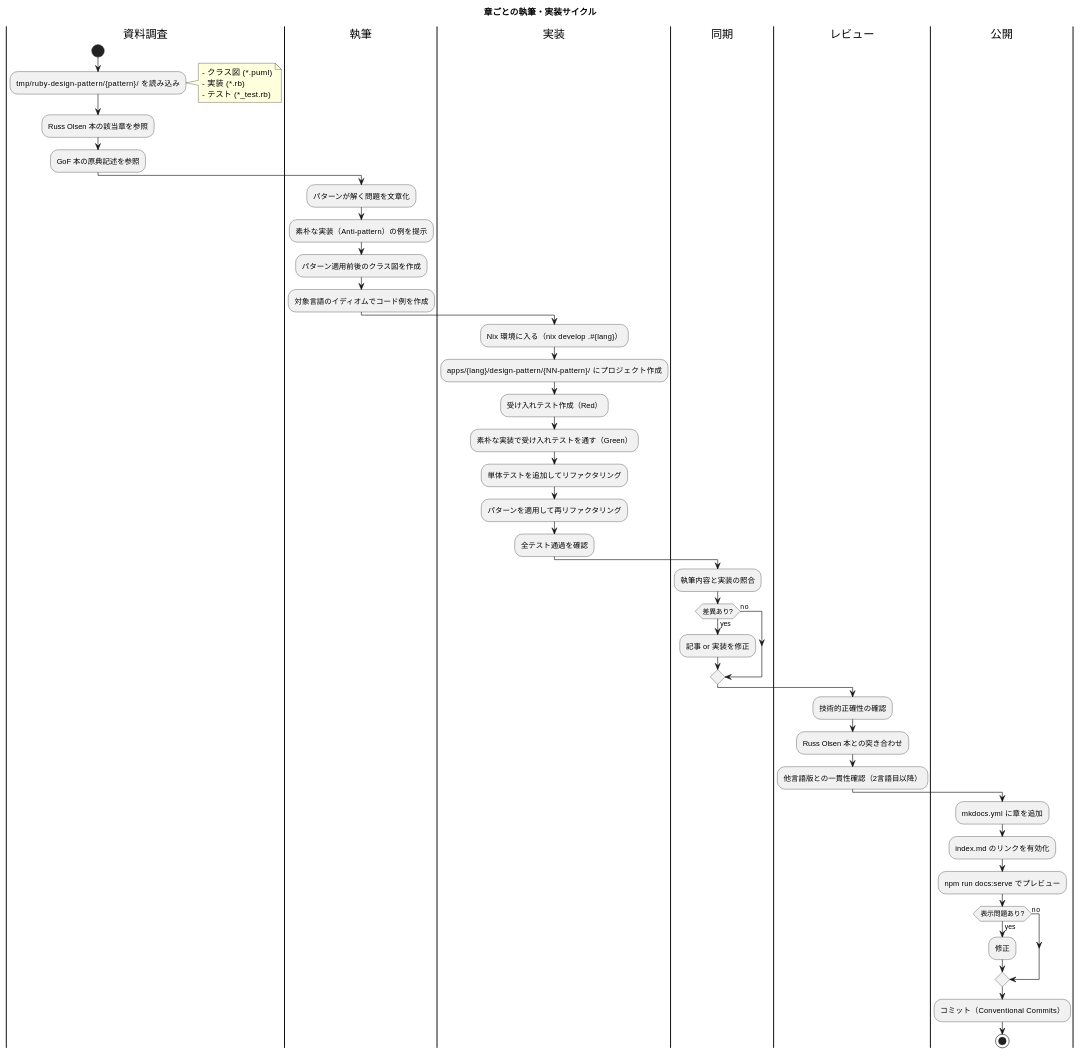
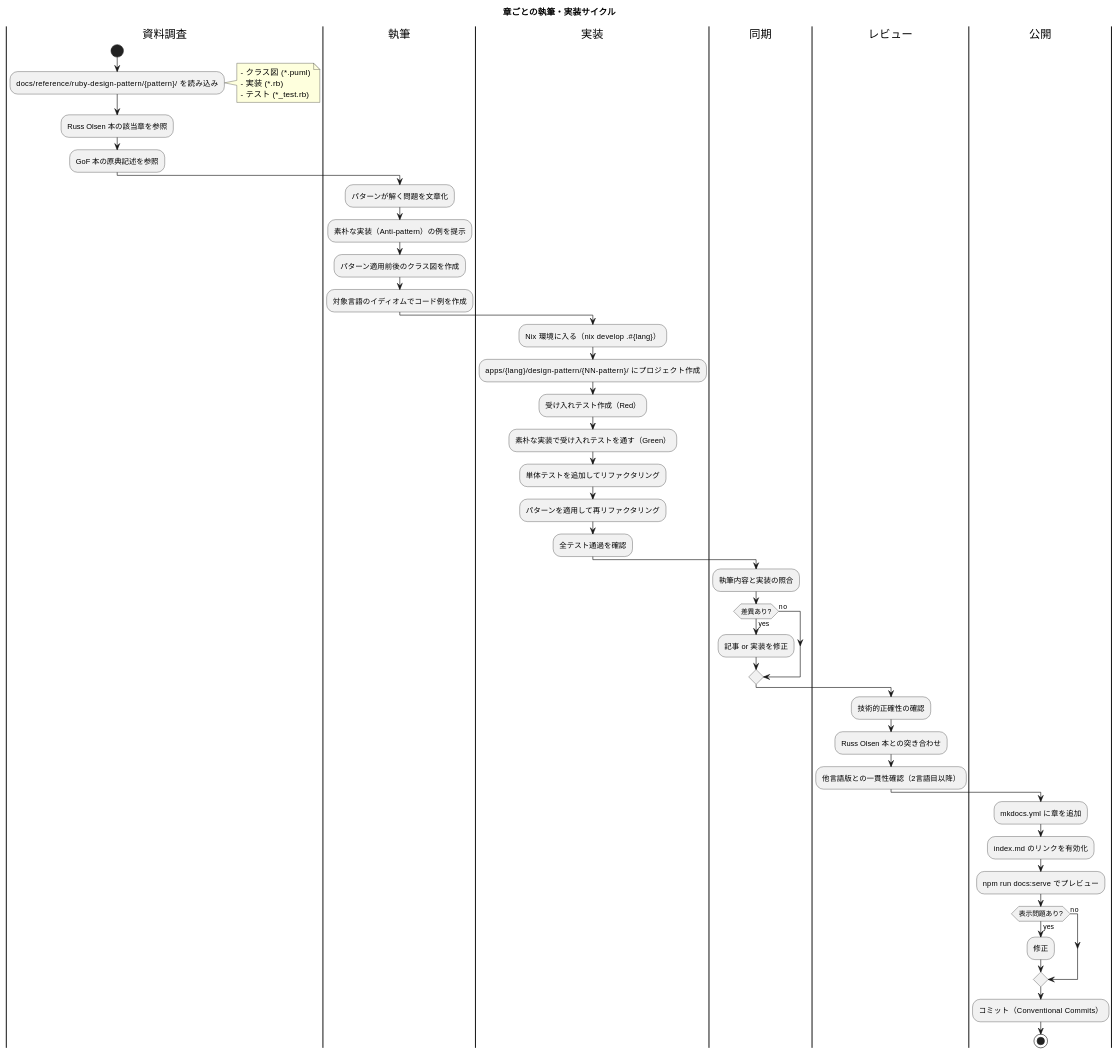
The second of 3 diagrams in docs/article/workflow.md (k2works/getting-started-design-pattern), drawn with PlantUML before and after one commit. The commit also changed other lines of this file and 7 other files, not shown here.

````diff
--- a/docs/article/workflow.md
+++ b/docs/article/workflow.md
@@ -80,60 +80,60 @@
 ```plantuml
 @startuml
 title 章ごとの執筆・実装サイクル
 
 |資料調査|
 start
-:tmp/ruby-design-pattern/{pattern}/ を読み込み;
+:docs/reference/ruby-design-pattern/{pattern}/ を読み込み;
 note right
   - クラス図 (*.puml)
   - 実装 (*.rb)
   - テスト (*_test.rb)
 end note
 
 :Russ Olsen 本の該当章を参照;
 :GoF 本の原典記述を参照;
 
 |執筆|
 :パターンが解く問題を文章化;
 :素朴な実装（Anti-pattern）の例を提示;
 :パターン適用前後のクラス図を作成;
 :対象言語のイディオムでコード例を作成;
 
 |実装|
 :Nix 環境に入る（nix develop .#{lang}）;
 :apps/{lang}/design-pattern/{NN-pattern}/ にプロジェクト作成;
 :受け入れテスト作成（Red）;
 :素朴な実装で受け入れテストを通す（Green）;
 :単体テストを追加してリファクタリング;
 :パターンを適用して再リファクタリング;
 :全テスト通過を確認;
 
 |同期|
 :執筆内容と実装の照合;
 
 if (差異あり?) then (yes)
   :記事 or 実装を修正;
 else (no)
 endif
 
 |レビュー|
 :技術的正確性の確認;
 :Russ Olsen 本との突き合わせ;
 :他言語版との一貫性確認（2言語目以降）;
 
 |公開|
 :mkdocs.yml に章を追加;
 :index.md のリンクを有効化;
 :npm run docs:serve でプレビュー;
 
 if (表示問題あり?) then (yes)
   :修正;
 else (no)
 endif
 
 :コミット（Conventional Commits）;
 
 stop
 
 @enduml
 ```
````
